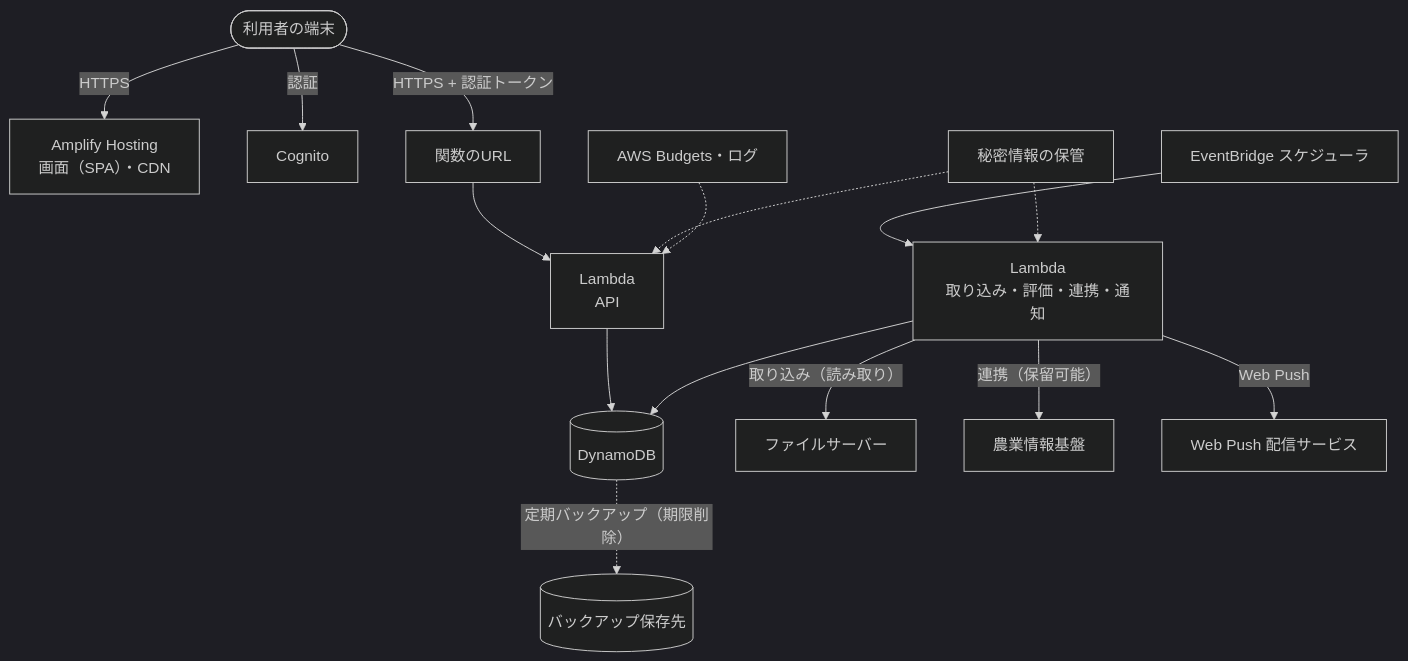
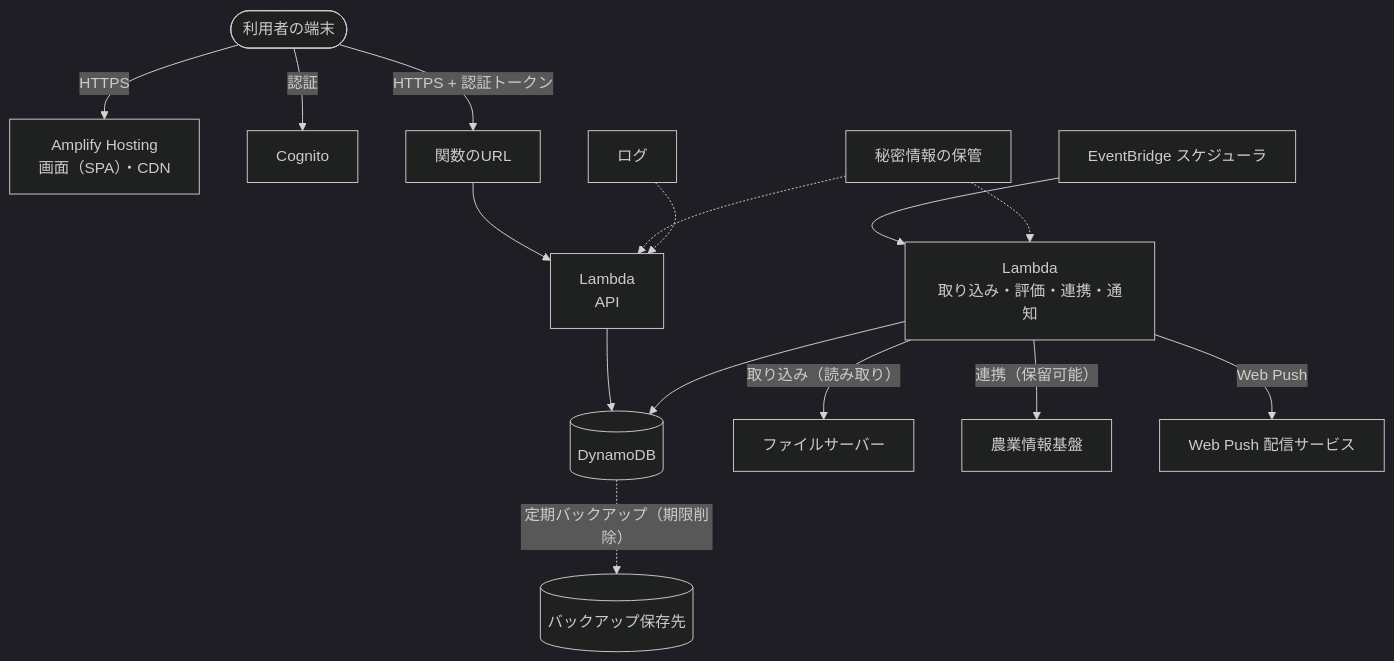
Before and after one commit to NS-APU/smart-farm-monitoring: the eighth of 9 diagrams in docs/10_design/architecture/architecture.md, drawn with Mermaid (dark theme). The commit also changed other lines of this file and 3 other files, not shown here.

````diff
--- a/docs/10_design/architecture/architecture.md
+++ b/docs/10_design/architecture/architecture.md
@@ -472,17 +472,17 @@
 ```mermaid
 flowchart TB
   U([利用者の端末]) -->|HTTPS| AH[Amplify Hosting<br>画面（SPA）・CDN]
   U -->|認証| CG[Cognito]
   U -->|HTTPS + 認証トークン| FU[関数のURL]
   FU --> FN[Lambda<br>API]
   SCH[EventBridge スケジューラ] --> ING[Lambda<br>取り込み・評価・連携・通知]
   FN --> DDB[(DynamoDB)]
   ING --> DDB
   ING -->|取り込み（読み取り）| FS[ファイルサーバー]
   ING -->|連携（保留可能）| AG[農業情報基盤]
   ING -->|Web Push| PS[Web Push 配信サービス]
   DDB -.->|定期バックアップ（期限削除）| BK[(バックアップ保存先)]
   SEC[秘密情報の保管] -.-> FN
   SEC -.-> ING
-  MON[AWS Budgets・ログ] -.-> FN
+  MON[ログ] -.-> FN
 ```
````
